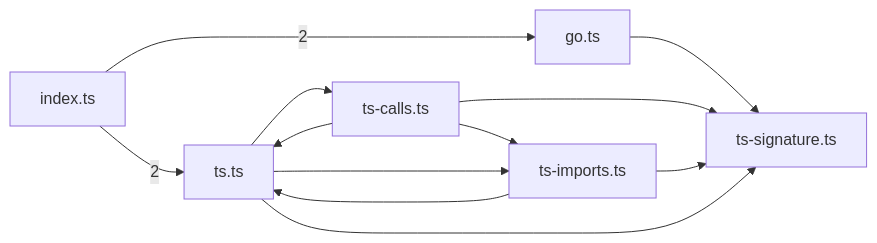
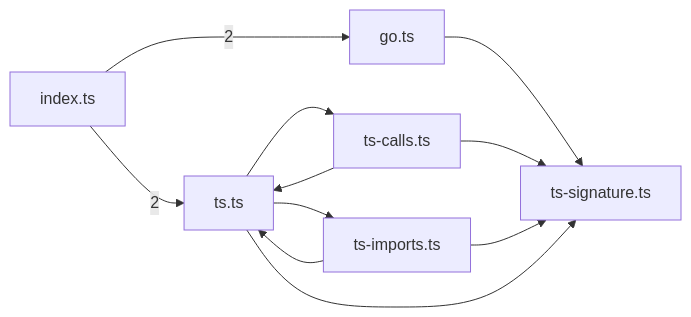
The third of 6 diagrams in .greplost/packages/greplost__core/MAP.md (sns45/greplost), drawn with Mermaid before and after one commit. The commit also changed other lines of this file and 18 other files, not shown here.

````diff
--- a/.greplost/packages/greplost__core/MAP.md
+++ b/.greplost/packages/greplost__core/MAP.md
@@ -136,20 +136,19 @@
 ```mermaid
 graph LR
   packages_core_src_extract_go_ts["go.ts"]
   packages_core_src_extract_index_ts["index.ts"]
   packages_core_src_extract_ts_calls_ts["ts-calls.ts"]
   packages_core_src_extract_ts_imports_ts["ts-imports.ts"]
   packages_core_src_extract_ts_signature_ts["ts-signature.ts"]
   packages_core_src_extract_ts_ts["ts.ts"]
   packages_core_src_extract_go_ts --> packages_core_src_extract_ts_signature_ts
   packages_core_src_extract_index_ts -->|2| packages_core_src_extract_go_ts
   packages_core_src_extract_index_ts -->|2| packages_core_src_extract_ts_ts
-  packages_core_src_extract_ts_calls_ts --> packages_core_src_extract_ts_imports_ts
   packages_core_src_extract_ts_calls_ts --> packages_core_src_extract_ts_signature_ts
   packages_core_src_extract_ts_calls_ts --> packages_core_src_extract_ts_ts
   packages_core_src_extract_ts_imports_ts --> packages_core_src_extract_ts_signature_ts
   packages_core_src_extract_ts_imports_ts --> packages_core_src_extract_ts_ts
   packages_core_src_extract_ts_ts --> packages_core_src_extract_ts_calls_ts
   packages_core_src_extract_ts_ts --> packages_core_src_extract_ts_imports_ts
   packages_core_src_extract_ts_ts --> packages_core_src_extract_ts_signature_ts
 ```
````
